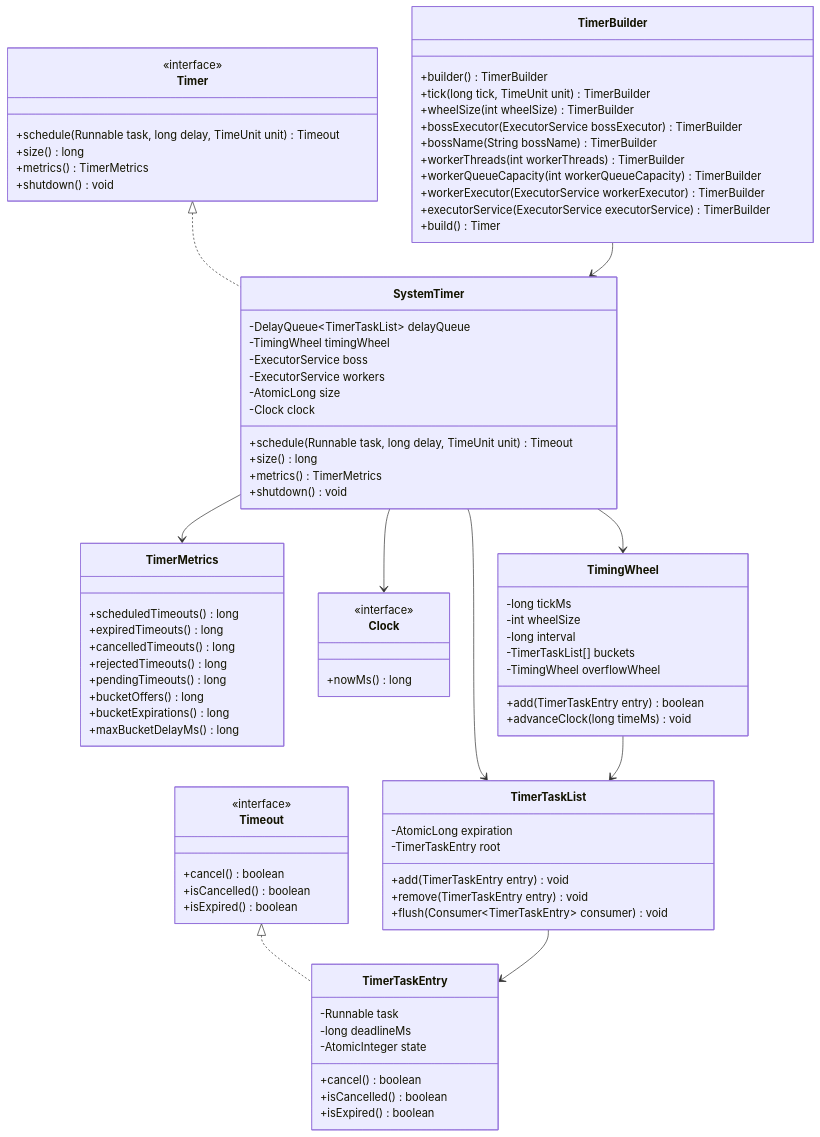
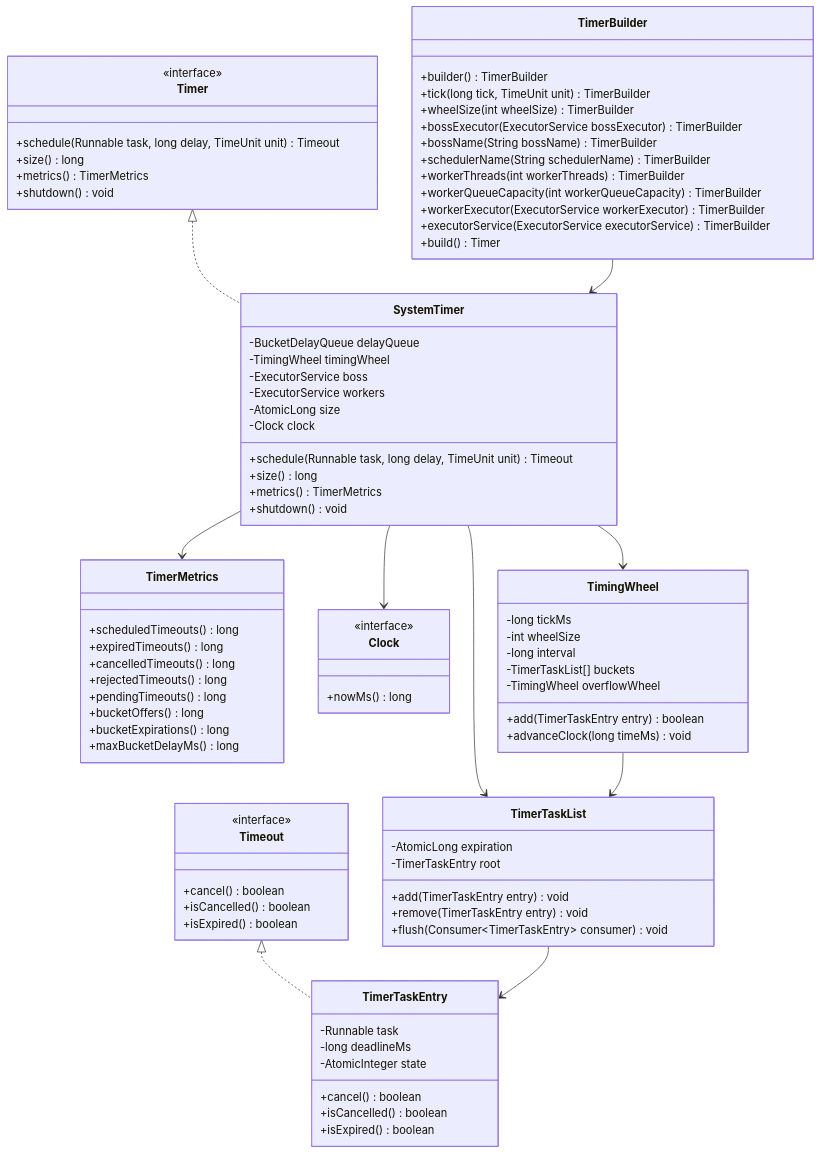
The fourth of 10 diagrams in docs/architecture.md (photowey/timewheel4j), drawn with Mermaid before and after one commit. The commit also changed other lines of this file and 1 other file, not shown here.

Commit message:
Polish scheduler docs

```diff
--- a/docs/architecture.md
+++ b/docs/architecture.md
@@ -137,6 +137,7 @@
         +wheelSize(int wheelSize) TimerBuilder
         +bossExecutor(ExecutorService bossExecutor) TimerBuilder
         +bossName(String bossName) TimerBuilder
+        +schedulerName(String schedulerName) TimerBuilder
         +workerThreads(int workerThreads) TimerBuilder
         +workerQueueCapacity(int workerQueueCapacity) TimerBuilder
         +workerExecutor(ExecutorService workerExecutor) TimerBuilder
@@ -161,7 +162,7 @@
     }
 
     class SystemTimer {
-        -DelayQueue~TimerTaskList~ delayQueue
+        -BucketDelayQueue delayQueue
         -TimingWheel timingWheel
         -ExecutorService boss
         -ExecutorService workers
```
